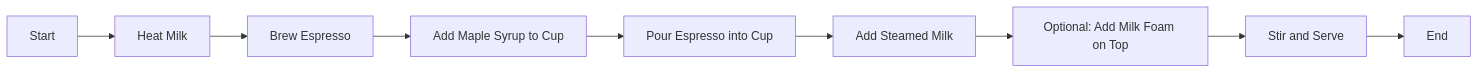
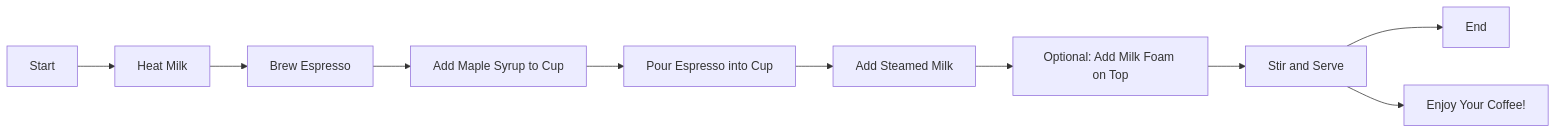
Before and after one commit to akshatha1710/github-mermaid-demo: the diagram in docs/coffee.mmd, drawn with Mermaid.

Commit message:
added a new line

```diff
--- a/docs/coffee.mmd
+++ b/docs/coffee.mmd
@@ -1,9 +1,10 @@
 flowchart LR
     A["Start"] --> B["Heat Milk"]
     B --> C["Brew Espresso"]
     C --> D["Add Maple Syrup to Cup"]
     D --> E["Pour Espresso into Cup"]
     E --> F["Add Steamed Milk"]
     F --> G["Optional: Add Milk Foam on Top"]
     G --> H["Stir and Serve"]
     H --> I["End"]
+    H --> J["Enjoy Your Coffee!"]
```
